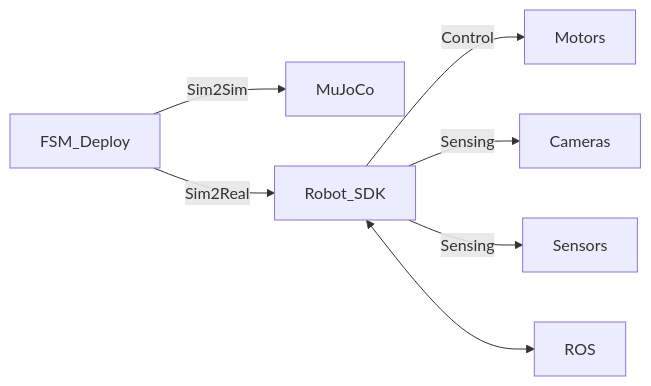
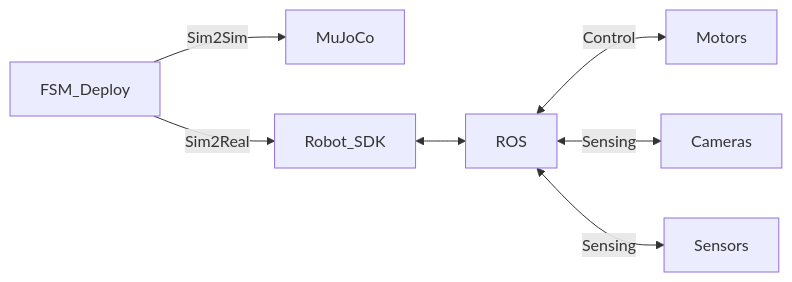
Before and after one commit to HiThink-Nexus-Humanoid/.github: the third of 3 diagrams in profile/README.md, drawn with Mermaid. The commit also changed other lines of this file, not shown here.

Commit message:
Enhance flowcharts with AMP and MIMIC labels
Updated flowchart connections in README to include AMP and MIMIC labels for clarity.

````diff
--- a/profile/README.md
+++ b/profile/README.md
@@ -44,8 +44,9 @@
 ```mermaid
 flowchart LR
     FSM_Deploy -->|Sim2Sim| MuJoCo
     FSM_Deploy -->|Sim2Real| Robot_SDK
-    Robot_SDK -->|Control| Motors
-    Robot_SDK -->|Sensing| Cameras & Sensors
     Robot_SDK <--> ROS
+    ROS <-->|Control| Motors
+    ROS <-->|Sensing| Cameras & Sensors
+    
 ```
````
